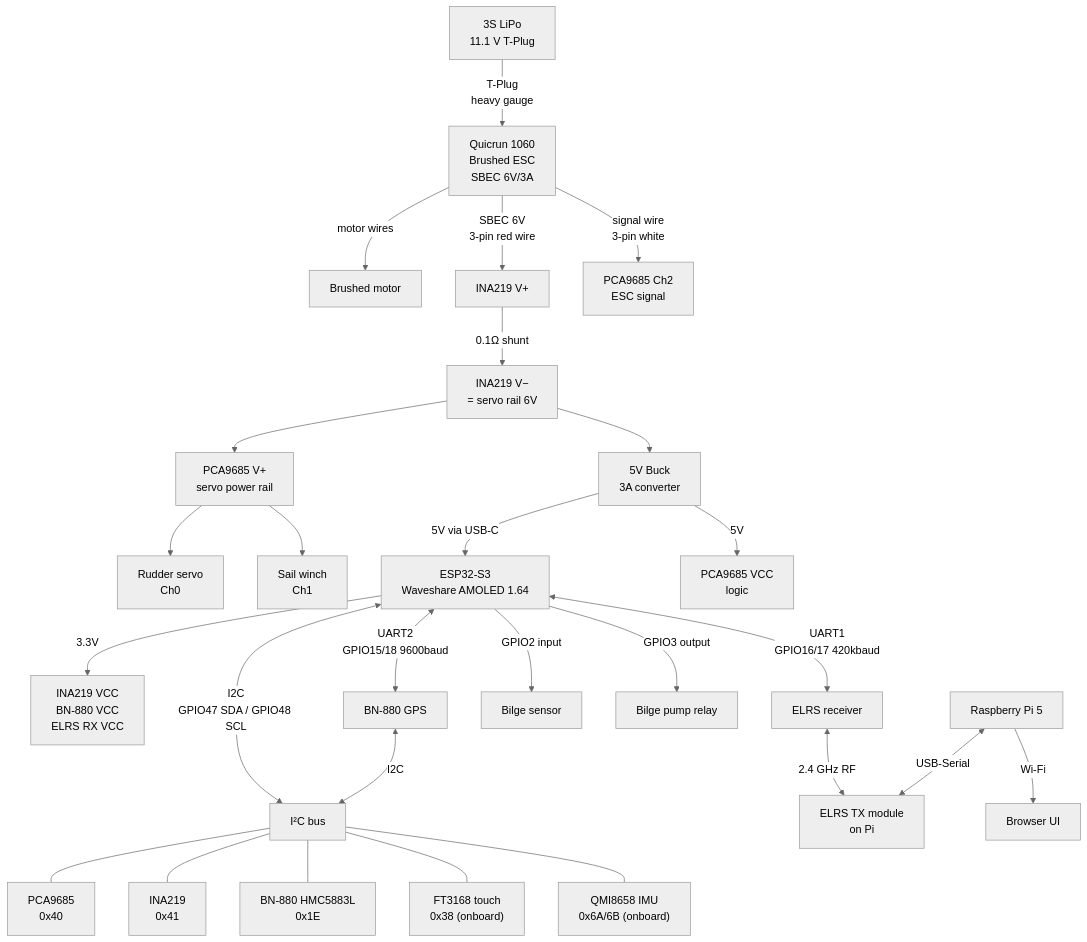
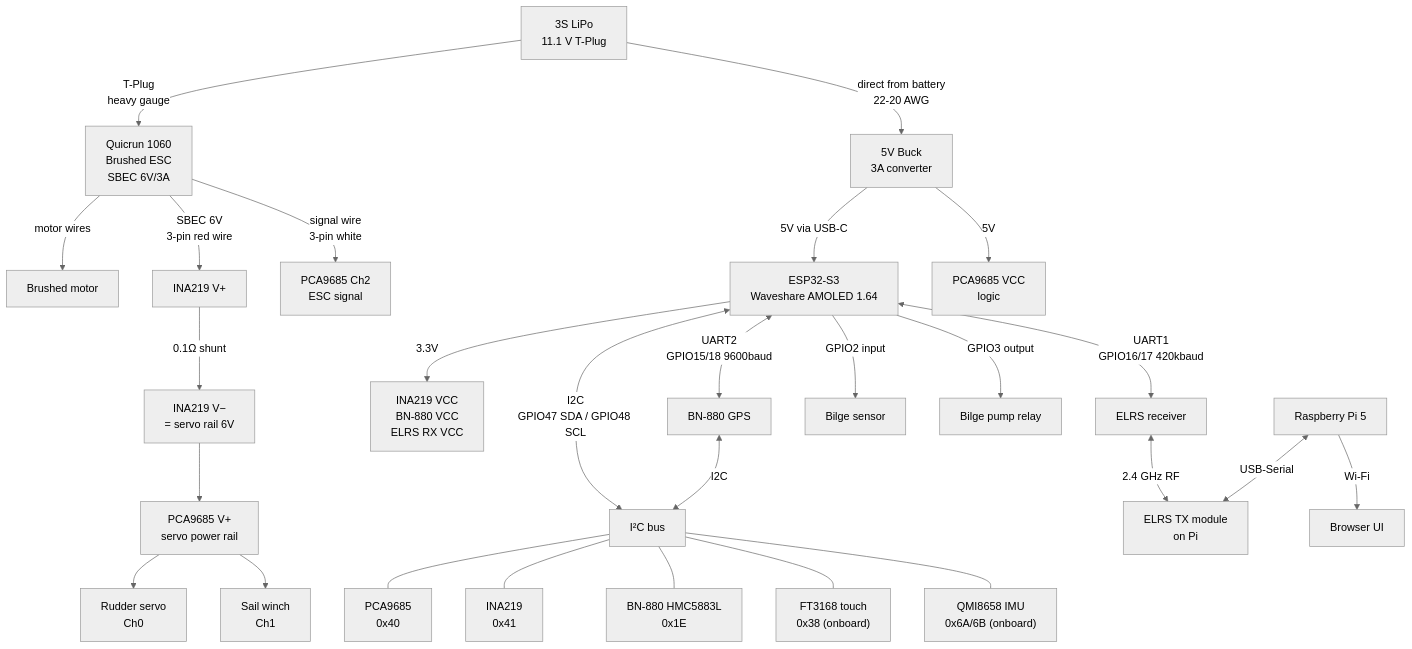
One commit to crazyswedishguy/rcsailboat changed the diagram in docs/wiring.md. Above: the diagram before and after it, drawn with Mermaid (neutral theme). The commit also changed other lines of this file, not shown here.

First line of the commit message:
wiring: fix buck converter input — direct from battery, not SBEC

````diff
--- a/docs/wiring.md
+++ b/docs/wiring.md
@@ -193,42 +192,42 @@
 ```mermaid
 graph TD
     LIPO["3S LiPo\n11.1 V T-Plug"]
 
     LIPO -->|T-Plug\nheavy gauge| ESC["Quicrun 1060\nBrushed ESC\nSBEC 6V/3A"]
     ESC -->|motor wires| MOTOR["Brushed motor"]
 
     ESC -->|SBEC 6V\n3-pin red wire| INA_VIN["INA219 V+"]
     INA_VIN -->|0.1Ω shunt| INA_VOUT["INA219 V−\n= servo rail 6V"]
 
-    INA_VOUT --> BUCK["5V Buck\n3A converter"]
+    LIPO -->|direct from battery\n22-20 AWG| BUCK["5V Buck\n3A converter"]
     INA_VOUT --> PCA_V["PCA9685 V+\nservo power rail"]
 
     PCA_V --> RUDDER["Rudder servo\nCh0"]
     PCA_V --> SAIL["Sail winch\nCh1"]
 
     ESC -->|signal wire\n3-pin white| PCA_CH2["PCA9685 Ch2\nESC signal"]
 
     BUCK -->|5V via USB-C| ESP["ESP32-S3\nWaveshare AMOLED 1.64"]
     BUCK -->|5V| PCA_VCC["PCA9685 VCC\nlogic"]
 
     ESP -->|3.3V| SENSORS["INA219 VCC\nBN-880 VCC\nELRS RX VCC"]
 
     ESP <-->|I2C\nGPIO47 SDA / GPIO48 SCL| I2C_BUS["I²C bus"]
     I2C_BUS --- PCA["PCA9685\n0x40"]
     I2C_BUS --- INA["INA219\n0x41"]
     I2C_BUS --- HMAG["BN-880 HMC5883L\n0x1E"]
     I2C_BUS --- TOUCH["FT3168 touch\n0x38 (onboard)"]
     I2C_BUS --- IMU["QMI8658 IMU\n0x6A/6B (onboard)"]
 
     ESP <-->|UART1\nGPIO16/17 420kbaud| ELRS_RX["ELRS receiver"]
     ELRS_RX <-->|2.4 GHz RF| ELRS_TX["ELRS TX module\non Pi"]
 
     ESP <-->|UART2\nGPIO15/18 9600baud| BN880["BN-880 GPS"]
     BN880 <-->|I2C| I2C_BUS
 
     ESP -->|GPIO2 input| BILGE_S["Bilge sensor"]
     ESP -->|GPIO3 output| BILGE_P["Bilge pump relay"]
 
     PI["Raspberry Pi 5"] <-->|USB-Serial| ELRS_TX
     PI -->|Wi-Fi| BROWSER["Browser UI"]
 ```
````
